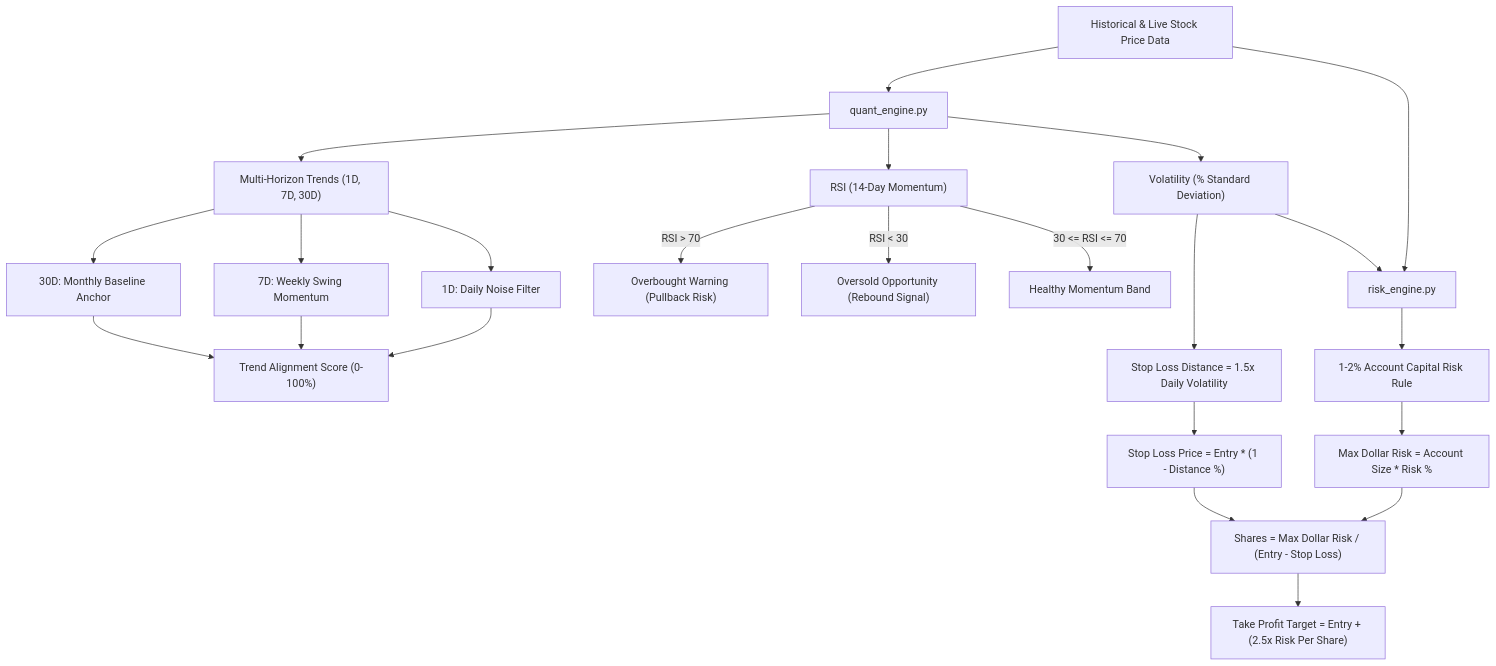
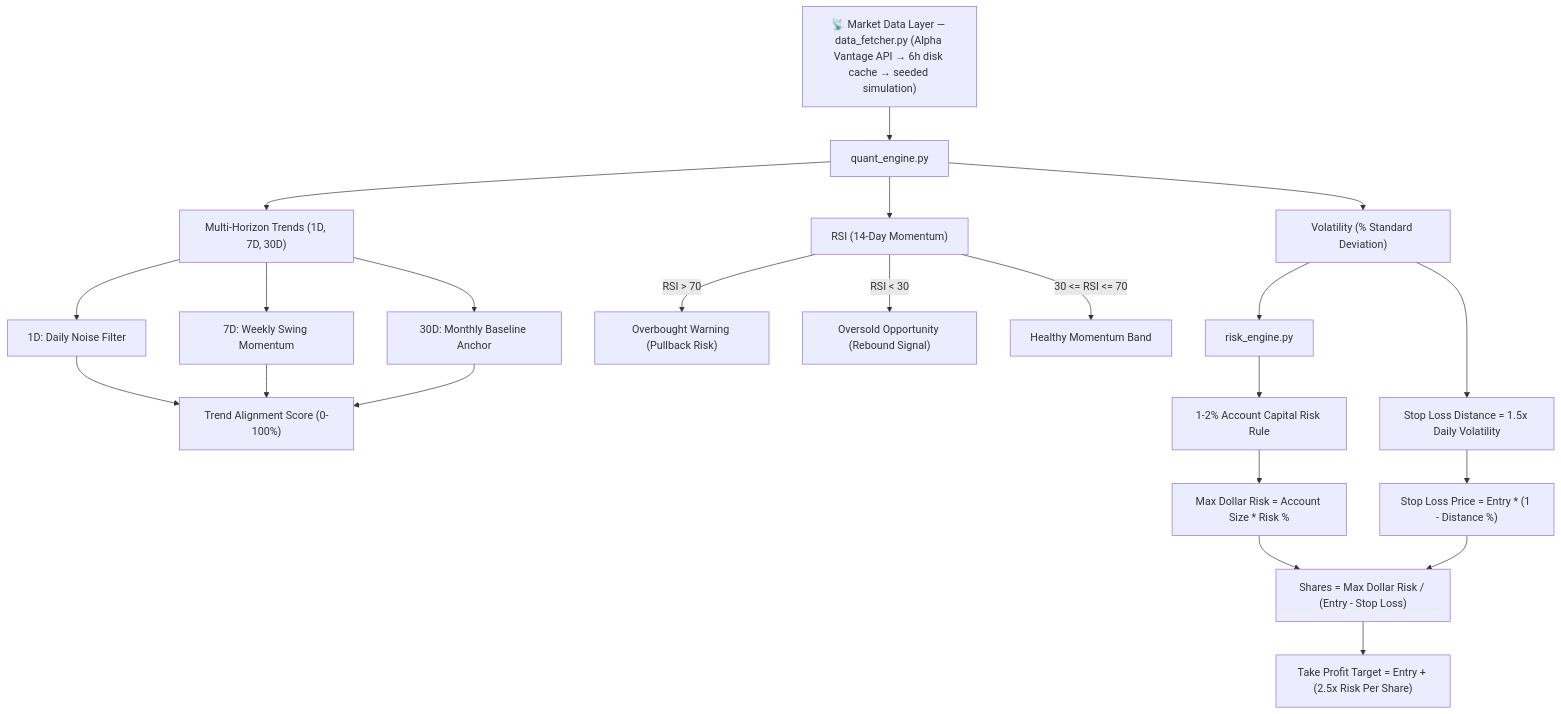
One commit to jimschweizer/Quantum-Stock-Mentor changed the fourth of 4 diagrams in Sovereign Code/KNOWLEDGE_GRAPH.md. Above: the diagram before and after it, drawn with Mermaid. The commit also changed other lines of this file and 15 other files, not shown here.

Commit message:
DeepSeek Live Data Update

````diff
--- a/Sovereign Code/KNOWLEDGE_GRAPH.md
+++ b/Sovereign Code/KNOWLEDGE_GRAPH.md
@@ -112,29 +121,29 @@
 ```mermaid
 graph TD
-    PriceData["Historical & Live Stock Price Data"] --> QuantCalc["quant_engine.py"]
+    DataLayer["📡 Market Data Layer — data_fetcher.py (Alpha Vantage API → 6h disk cache → seeded simulation)"] --> QuantCalc["quant_engine.py"]
     
     QuantCalc --> RSI["RSI (14-Day Momentum)"]
     QuantCalc --> Trends["Multi-Horizon Trends (1D, 7D, 30D)"]
     QuantCalc --> Vol["Volatility (% Standard Deviation)"]
 
     Trends --> D1["1D: Daily Noise Filter"]
     Trends --> D7["7D: Weekly Swing Momentum"]
     Trends --> D30["30D: Monthly Baseline Anchor"]
 
     D1 & D7 & D30 --> Confluence["Trend Alignment Score (0-100%)"]
 
     RSI -->|RSI > 70| Overbought["Overbought Warning (Pullback Risk)"]
     RSI -->|RSI < 30| Oversold["Oversold Opportunity (Rebound Signal)"]
     RSI -->|30 <= RSI <= 70| Healthy["Healthy Momentum Band"]
 
-    PriceData & Vol --> RiskCalc["risk_engine.py"]
+    Vol --> RiskCalc["risk_engine.py"]
     
     RiskCalc --> AccountRisk["1-2% Account Capital Risk Rule"]
     AccountRisk --> MaxDollarRisk["Max Dollar Risk = Account Size * Risk %"]
     
     Vol --> StopLossDistance["Stop Loss Distance = 1.5x Daily Volatility"]
     StopLossDistance --> StopLossPrice["Stop Loss Price = Entry * (1 - Distance %)"]
     
     MaxDollarRisk & StopLossPrice --> ShareSize["Shares = Max Dollar Risk / (Entry - Stop Loss)"]
     ShareSize --> TakeProfit["Take Profit Target = Entry + (2.5x Risk Per Share)"]
 ```
````
